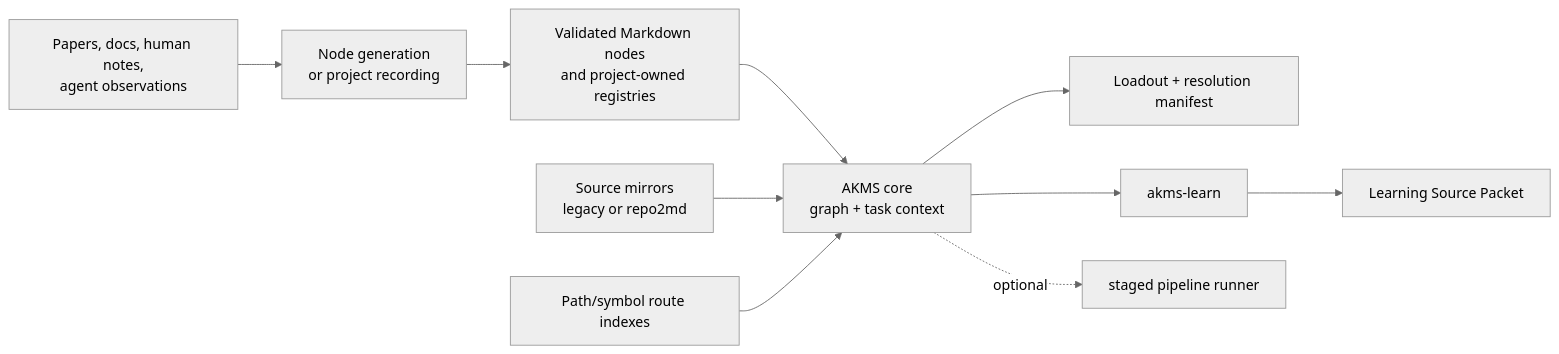
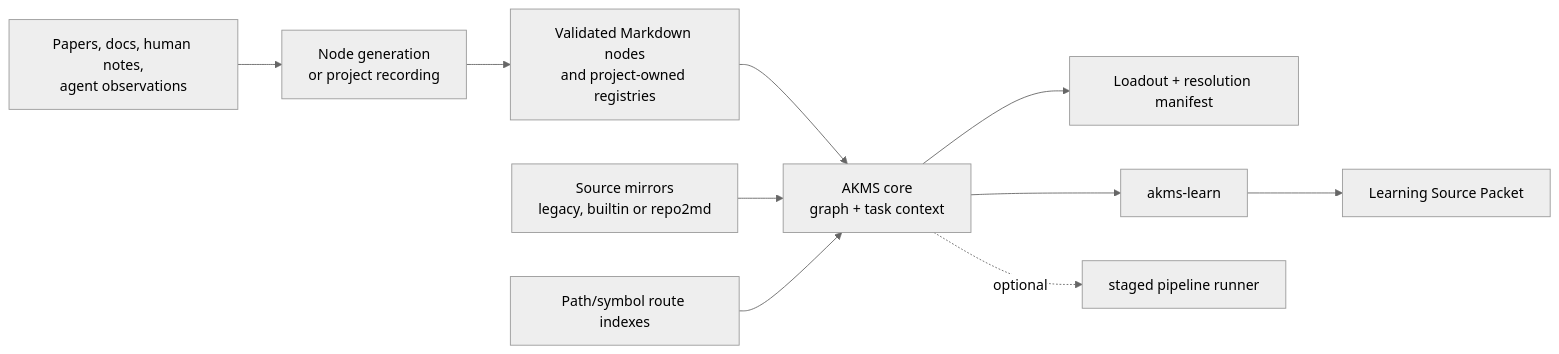
Before and after one commit to CEmM2/AKMS: the diagram in docs/index.md, drawn with Mermaid (neutral theme). The commit also changed 21 other files, not shown here.

````diff
--- a/docs/index.md
+++ b/docs/index.md
@@ -56,12 +56,12 @@
 ```mermaid
 flowchart LR
     Sources["Papers, docs, human notes,<br/>agent observations"] --> Gen["Node generation<br/>or project recording"]
     Gen --> Nodes["Validated Markdown nodes<br/>and project-owned registries"]
     Nodes --> Core["AKMS core<br/>graph + task context"]
-    Mirrors["Source mirrors<br/>legacy or repo2md"] --> Core
+    Mirrors["Source mirrors<br/>legacy, builtin or repo2md"] --> Core
     Routes["Path/symbol route indexes"] --> Core
     Core --> Loadout["Loadout + resolution manifest"]
     Core --> Learn["akms-learn"]
     Learn --> LSP["Learning Source Packet"]
     Core -. optional .-> Runner["staged pipeline runner"]
 ```
````
